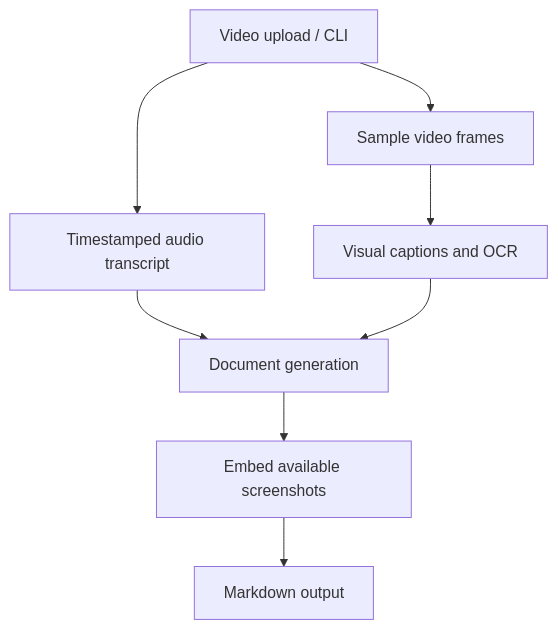
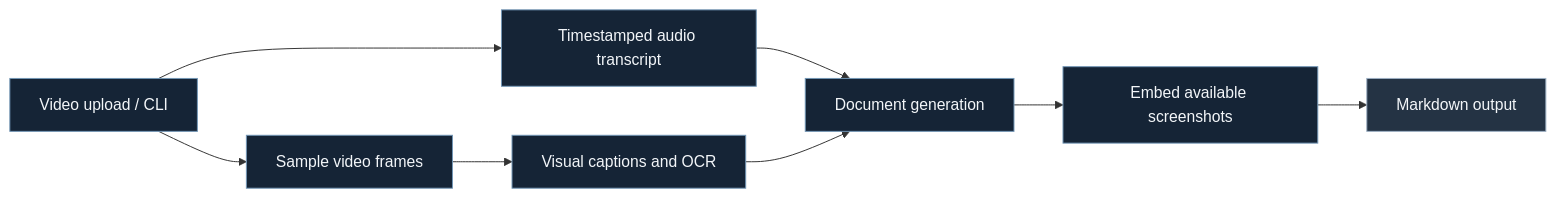
One commit to kibnelbachyr/video2doc-ai-community changed the diagram in README.md. Above: the diagram before and after it, drawn with Mermaid. The commit also changed other lines of this file, not shown here.

Commit message:
docs: align README and Mermaid visual system

````diff
--- a/README.md
+++ b/README.md
@@ -44,10 +46,15 @@
 ```mermaid
-flowchart TD
+flowchart LR
     A["Video upload / CLI"] --> B["Timestamped audio transcript"]
     A --> C["Sample video frames"]
     C --> D["Visual captions and OCR"]
     B --> E["Document generation"]
     D --> E
     E --> F["Embed available screenshots"]
     F --> G["Markdown output"]
+    classDef component fill:#152436,stroke:#7296b6,color:#f3f6f9;
+    classDef decision fill:#152436,stroke:#78c9c1,color:#f3f6f9,stroke-width:2px;
+    classDef endpoint fill:#243344,stroke:#9db0c4,color:#f3f6f9;
+    class A,B,C,D,E,F component;
+    class G endpoint;
 ```
````
